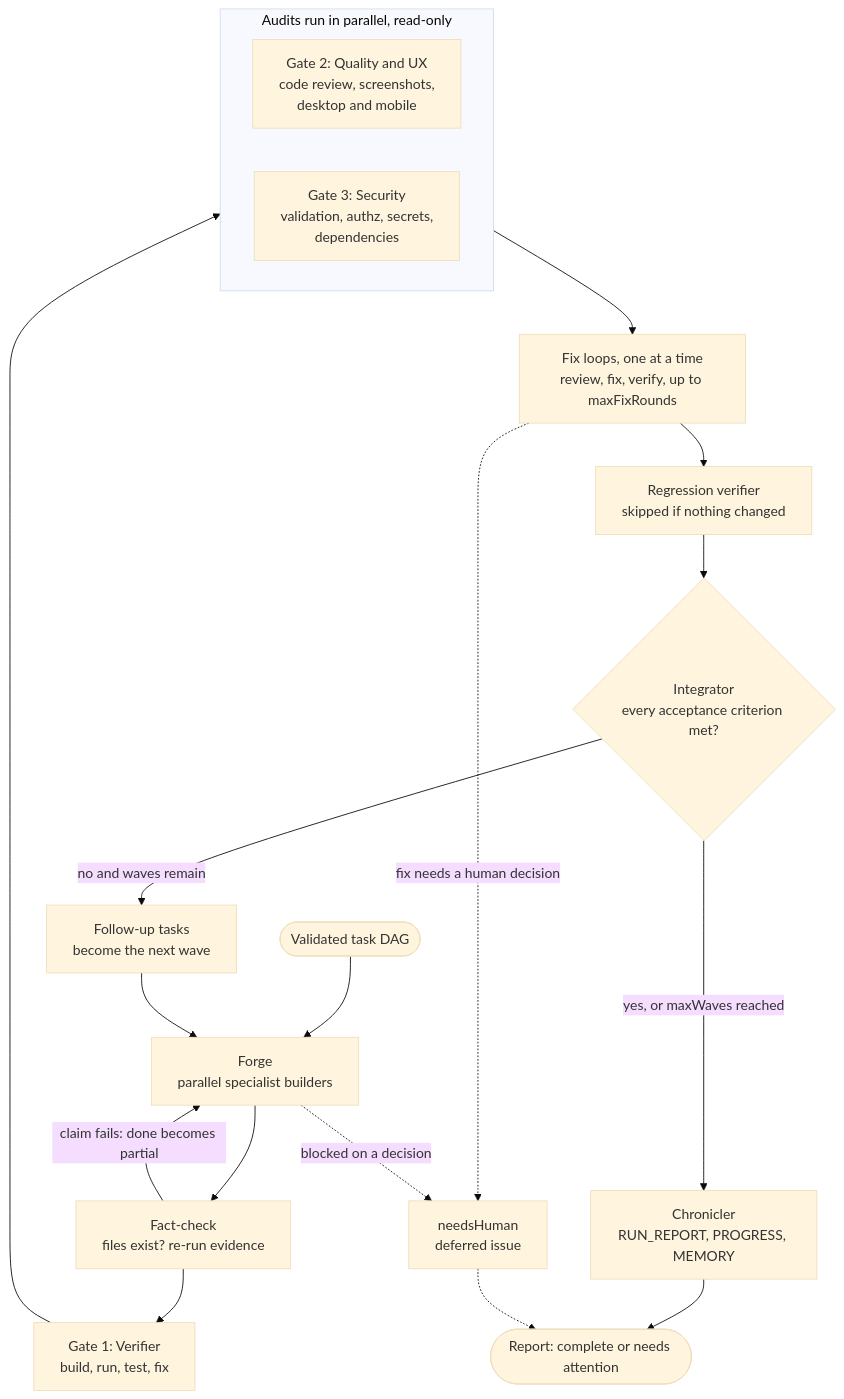
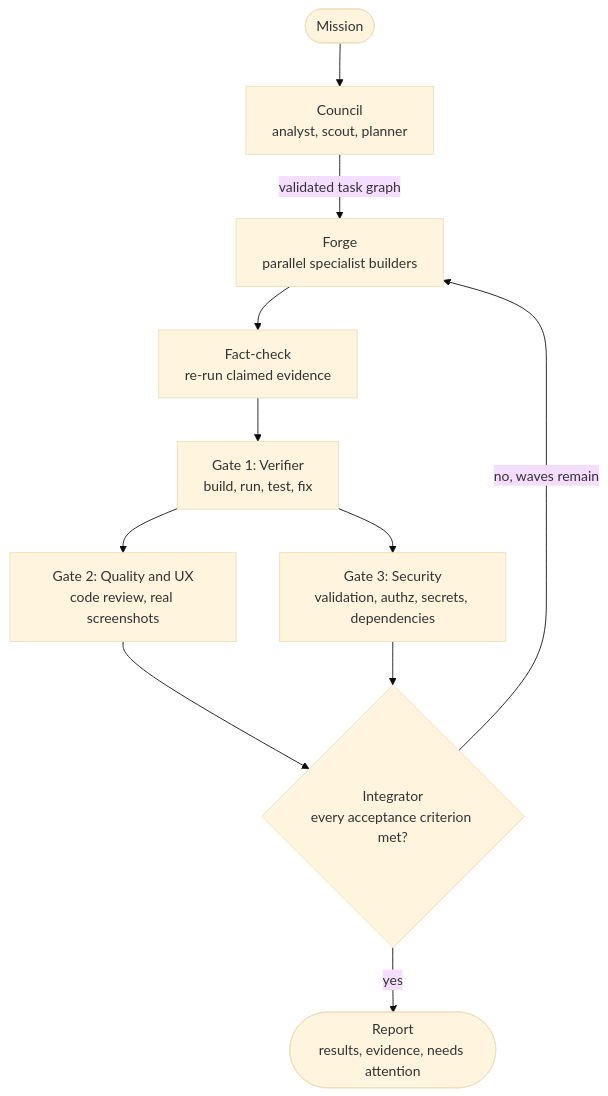
One commit to raghubirmahato/Hack-Dev-Code changed the diagram in README.md. Above: the diagram before and after it, drawn with Mermaid (base theme). The commit also changed other lines of this file and 2 other files, not shown here.

````diff
--- a/README.md
+++ b/README.md
@@ -155,22 +120,13 @@
 ```mermaid
 flowchart TB
-    START(["Validated task DAG"]) --> FORGE["Forge<br/>parallel specialist builders"]
-    FORGE --> FACT["Fact-check<br/>files exist? re-run evidence"]
-    FACT -->|"claim fails: done becomes partial"| FORGE
-    FACT --> VER["Gate 1: Verifier<br/>build, run, test, fix"]
-    VER --> AUD
-    subgraph AUD["Audits run in parallel, read-only"]
-        QX["Gate 2: Quality and UX<br/>code review, screenshots,<br/>desktop and mobile"]
-        SEC["Gate 3: Security<br/>validation, authz, secrets,<br/>dependencies"]
-    end
-    AUD --> FIX["Fix loops, one at a time<br/>review, fix, verify, up to maxFixRounds"]
-    FIX --> REG["Regression verifier<br/>skipped if nothing changed"]
-    REG --> INT{"Integrator<br/>every acceptance criterion met?"}
-    INT -->|"no and waves remain"| NEXT["Follow-up tasks<br/>become the next wave"]
-    NEXT --> FORGE
-    INT -->|"yes, or maxWaves reached"| CHR["Chronicler<br/>RUN_REPORT, PROGRESS, MEMORY"]
-    CHR --> OUT(["Report: complete or needs attention"])
-    FIX -.->|"fix needs a human decision"| HUM["needsHuman<br/>deferred issue"]
-    FORGE -.->|"blocked on a decision"| HUM
-    HUM -.-> OUT
+    M(["Mission"]) --> C["Council<br/>analyst, scout, planner"]
+    C -->|"validated task graph"| F["Forge<br/>parallel specialist builders"]
+    F --> FC["Fact-check<br/>re-run claimed evidence"]
+    FC --> G1["Gate 1: Verifier<br/>build, run, test, fix"]
+    G1 --> G2["Gate 2: Quality and UX<br/>code review, real screenshots"]
+    G1 --> G3["Gate 3: Security<br/>validation, authz, secrets, dependencies"]
+    G2 --> I{"Integrator<br/>every acceptance criterion met?"}
+    G3 --> I
+    I -->|"no, waves remain"| F
+    I -->|"yes"| R(["Report<br/>results, evidence, needs attention"])
 ```
````
